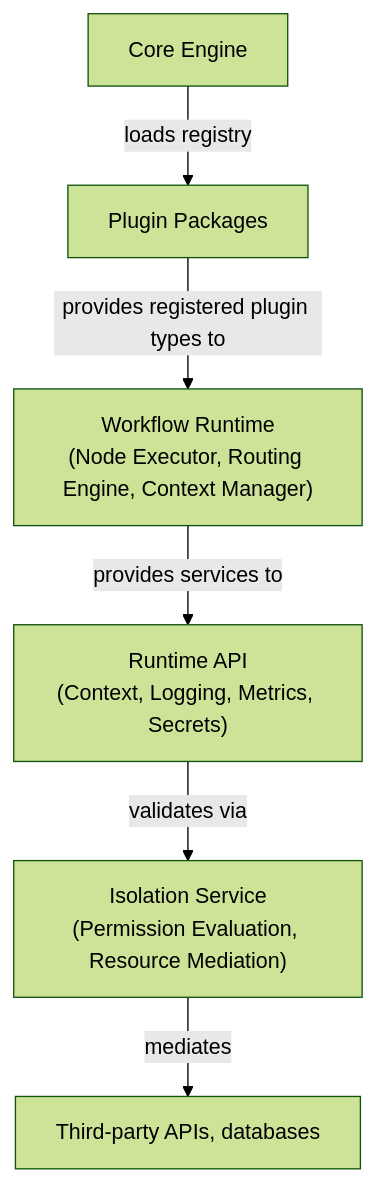
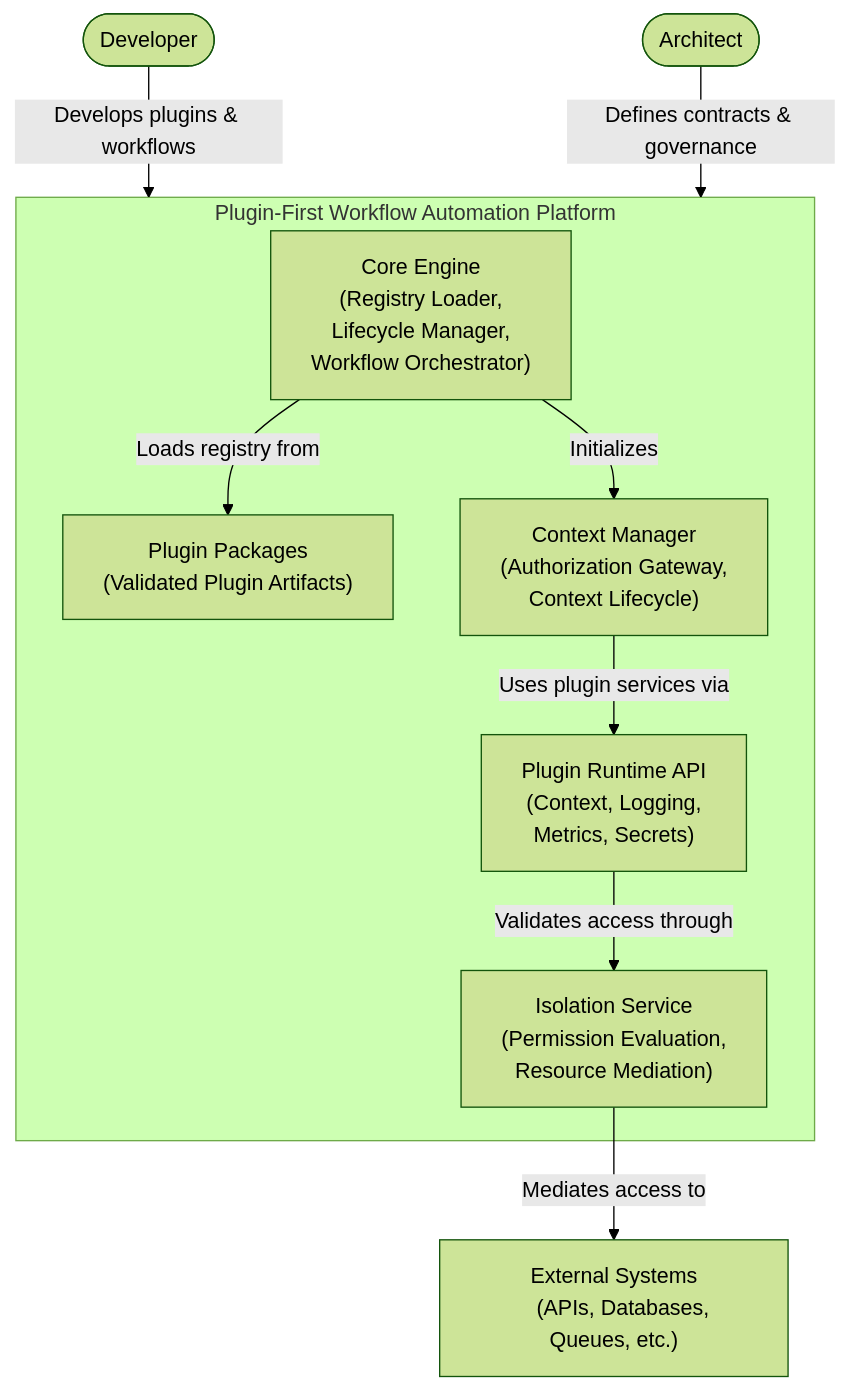
Before and after one commit to camercadop/agentic-workflow-automation-platform: the diagram in docs/architecture/c4/level-1-container.md, drawn with Mermaid (forest theme). The commit also changed 9 other files, not shown here.

Commit message:
docs: update glossary and architecture documentation with detailed definitions and diagrams

````diff
--- a/docs/architecture/c4/level-1-container.md
+++ b/docs/architecture/c4/level-1-container.md
@@ -3,17 +3,43 @@
 ```mermaid
 flowchart TD
-    %% Containers
-    core["Core Engine"]
-    pkgs["Plugin Packages"]
-    wfRuntime["Workflow Runtime\n(Node Executor, Routing Engine, Context Manager)"]
-    runtimeApi["Runtime API\n(Context, Logging, Metrics, Secrets)"]
-    isoService["Isolation Service\n(Permission Evaluation, Resource Mediation)"]
-    ext["Third-party APIs, databases"]
 
-    %% Relationships with labels
-    core -->|loads registry| pkgs
-    pkgs -->|provides registered plugin types to| wfRuntime
-    wfRuntime -->|provides services to| runtimeApi
-    runtimeApi -->|validates via| isoService
-    isoService -->|mediates| ext
+    Dev([Developer])
+    Arch([Architect])
+
+    subgraph PFA["Plugin-First Workflow Automation Platform"]
+
+        CE["Core Engine
+        (Registry Loader,
+        Lifecycle Manager,
+        Workflow Orchestrator)"]
+
+        PP["Plugin Packages
+        (Validated Plugin Artifacts)"]
+
+        CM["Context Manager
+        (Authorization Gateway,
+        Context Lifecycle)"]
+
+        RA["Plugin Runtime API
+        (Context, Logging,
+        Metrics, Secrets)"]
+
+        IS["Isolation Service
+        (Permission Evaluation,
+        Resource Mediation)"]
+
+    end
+
+    EXT["External Systems
+    (APIs, Databases, Queues, etc.)"]
+
+    Dev -->|Develops plugins & workflows| PFA
+    Arch -->|Defines contracts & governance| PFA
+
+    CE -->|Loads registry from| PP
+    CE -->|Initializes| CM
+
+    CM -->|Uses plugin services via| RA
+    RA -->|Validates access through| IS
+    IS -->|Mediates access to| EXT
 ```
````
